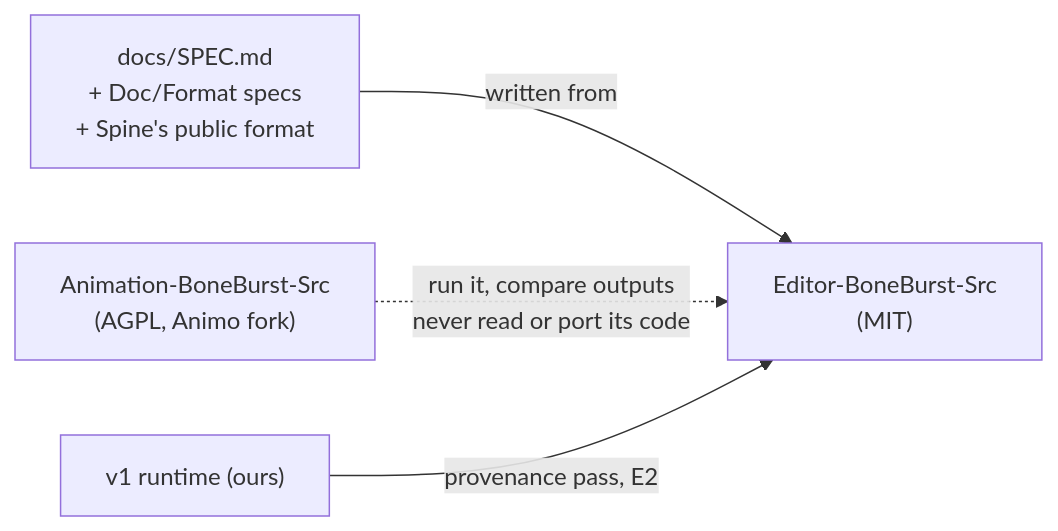
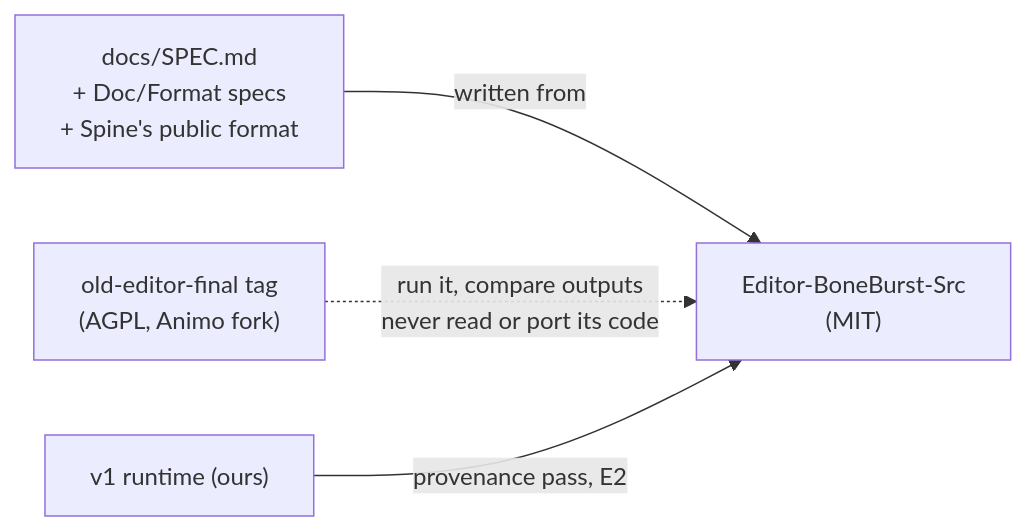
The diagram in Editor-BoneBurst-Src/CLAUDE.md (12pnp/M0-Animation-2D), drawn with Mermaid before and after one commit. The commit also changed other lines of this file and 518 other files, not shown here.

First line of the commit message:
BoneBurst Editor v2: E6 step 7, the old editor archived at old-editor-final; E6 done (Editor-BoneBurst-Src)

````diff
--- a/Editor-BoneBurst-Src/CLAUDE.md
+++ b/Editor-BoneBurst-Src/CLAUDE.md
@@ -9,6 +11,6 @@
 ```mermaid
 flowchart LR
     SPEC["docs/SPEC.md<br/>+ Doc/Format specs<br/>+ Spine's public format"] -->|"written from"| V2["Editor-BoneBurst-Src<br/>(MIT)"]
-    V1["Animation-BoneBurst-Src<br/>(AGPL, Animo fork)"] -.->|"run it, compare outputs<br/>never read or port its code"| V2
+    V1["old-editor-final tag<br/>(AGPL, Animo fork)"] -.->|"run it, compare outputs<br/>never read or port its code"| V2
     RT["v1 runtime (ours)"] -->|"provenance pass, E2"| V2
 ```
````
